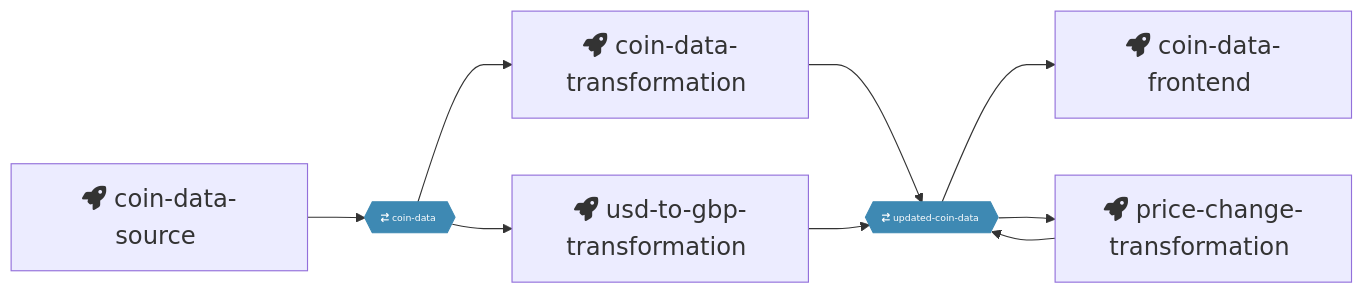
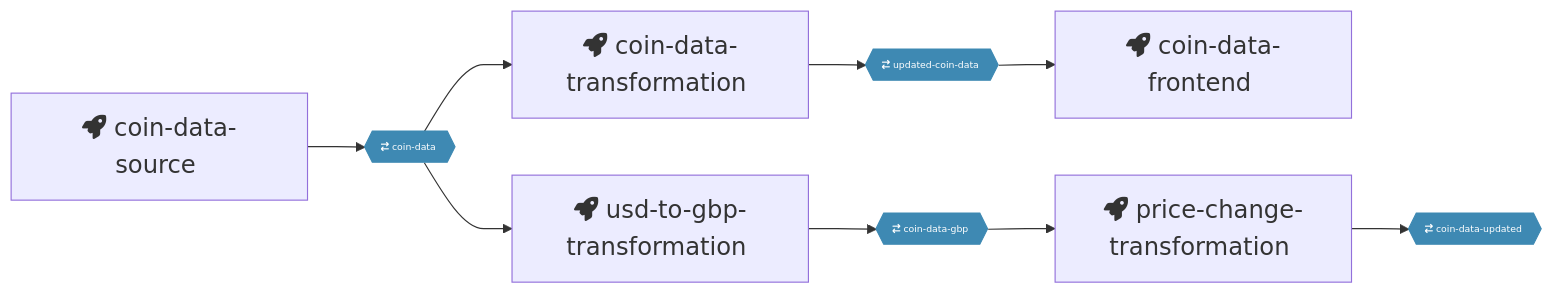
The diagram in pipeline.md (ChrisGilchrist/QuixCoinMarket), drawn with Mermaid before and after one commit. The commit also changed 3 other files, not shown here.

````diff
--- a/pipeline.md
+++ b/pipeline.md
@@ -1,19 +1,19 @@
 ```mermaid
 %%{ init: { 'flowchart': { 'curve': 'monotoneX' } } }%%
 graph LR;
 coin-data-source[fa:fa-rocket coin-data-source &#8205] --> coin-data{{ fa:fa-arrow-right-arrow-left coin-data &#8205}}:::topic;
+updated-coin-data{{ fa:fa-arrow-right-arrow-left updated-coin-data &#8205}}:::topic --> coin-data-frontend[fa:fa-rocket coin-data-frontend &#8205];
+coin-data{{ fa:fa-arrow-right-arrow-left coin-data &#8205}}:::topic --> usd-to-gbp-transformation[fa:fa-rocket usd-to-gbp-transformation &#8205];
+usd-to-gbp-transformation[fa:fa-rocket usd-to-gbp-transformation &#8205] --> coin-data-gbp{{ fa:fa-arrow-right-arrow-left coin-data-gbp &#8205}}:::topic;
+coin-data-gbp{{ fa:fa-arrow-right-arrow-left coin-data-gbp &#8205}}:::topic --> price-change-transformation[fa:fa-rocket price-change-transformation &#8205];
+price-change-transformation[fa:fa-rocket price-change-transformation &#8205] --> coin-data-updated{{ fa:fa-arrow-right-arrow-left coin-data-updated &#8205}}:::topic;
 coin-data{{ fa:fa-arrow-right-arrow-left coin-data &#8205}}:::topic --> coin-data-transformation[fa:fa-rocket coin-data-transformation &#8205];
 coin-data-transformation[fa:fa-rocket coin-data-transformation &#8205] --> updated-coin-data{{ fa:fa-arrow-right-arrow-left updated-coin-data &#8205}}:::topic;
-updated-coin-data{{ fa:fa-arrow-right-arrow-left updated-coin-data &#8205}}:::topic --> coin-data-frontend[fa:fa-rocket coin-data-frontend &#8205];
-coin-data{{ fa:fa-arrow-right-arrow-left coin-data &#8205}}:::topic --> usd-to-gbp-transformation[fa:fa-rocket usd-to-gbp-transformation &#8205];
-usd-to-gbp-transformation[fa:fa-rocket usd-to-gbp-transformation &#8205] --> updated-coin-data{{ fa:fa-arrow-right-arrow-left updated-coin-data &#8205}}:::topic;
-updated-coin-data{{ fa:fa-arrow-right-arrow-left updated-coin-data &#8205}}:::topic --> price-change-transformation[fa:fa-rocket price-change-transformation &#8205];
-price-change-transformation[fa:fa-rocket price-change-transformation &#8205] --> updated-coin-data{{ fa:fa-arrow-right-arrow-left updated-coin-data &#8205}}:::topic;
 
 
 classDef default font-size:110%;
 classDef topic font-size:80%;
 classDef topic fill:#3E89B3;
 classDef topic stroke:#3E89B3;
 classDef topic color:white;
 ```
````
